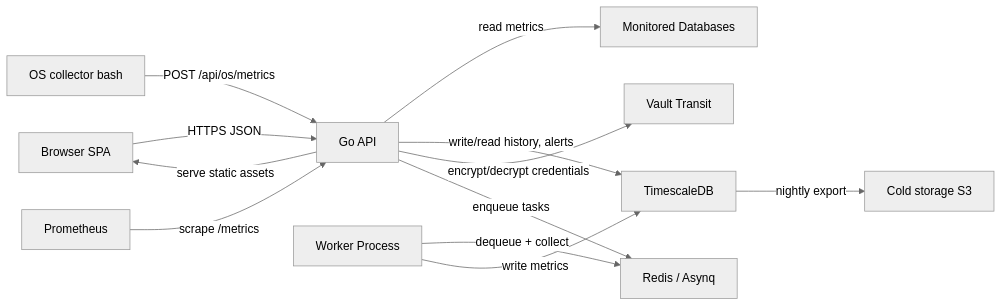
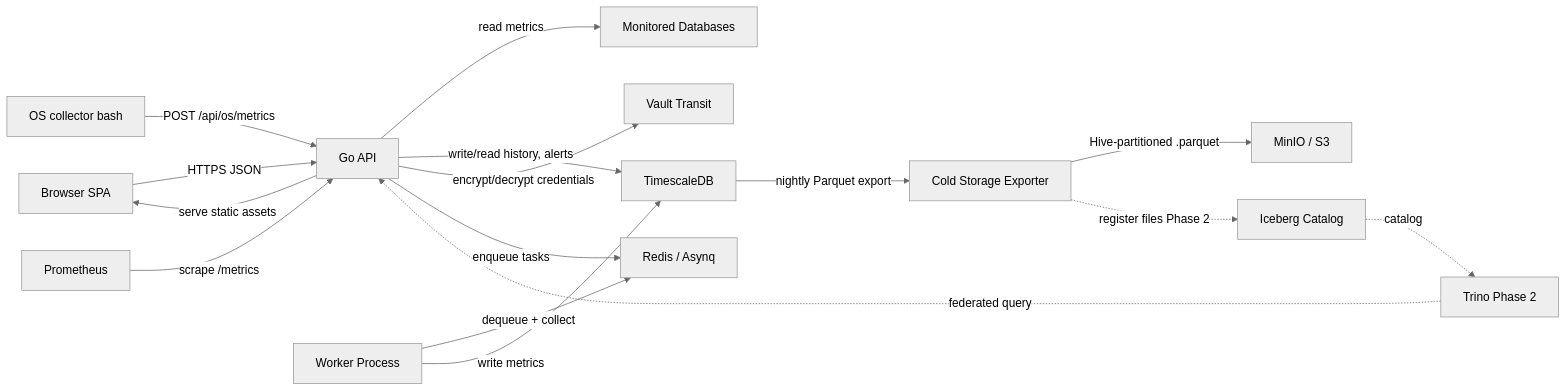
Before and after one commit to rsharma155/sql_optima: the diagram in ARCHITECTURE.md, drawn with Mermaid (neutral theme). The commit also changed other lines of this file and 139 other files, not shown here.

Commit message:
feat(ui): wire SQL Server charts to federated history endpoints

````diff
--- a/ARCHITECTURE.md
+++ b/ARCHITECTURE.md
@@ -76,14 +79,18 @@
 ```mermaid
 flowchart LR
   Browser[Browser SPA] -->|HTTPS JSON| Api[Go API]
   Api -->|read metrics| TargetDBs[Monitored Databases]
   Api -->|write/read history, alerts| Timescale[TimescaleDB]
   Api -->|encrypt/decrypt credentials| Vault[Vault Transit]
   Api -->|serve static assets| Browser
   OSAgent[OS collector bash] -->|POST /api/os/metrics| Api
   Api -->|enqueue tasks| Redis[Redis / Asynq]
   Worker[Worker Process] -->|dequeue + collect| Redis
   Worker -->|write metrics| Timescale
   Prometheus[Prometheus] -->|scrape /metrics| Api
-  Timescale -->|nightly export| Cold[Cold storage S3]
+  Timescale -->|nightly Parquet export| Exporter[Cold Storage Exporter]
+  Exporter -->|Hive-partitioned .parquet| MinIO[MinIO / S3]
+  Exporter -.->|register files Phase 2| Iceberg[Iceberg Catalog]
+  Iceberg -.->|catalog| Trino[Trino Phase 2]
+  Trino -.->|federated query| Api
 ```
````
